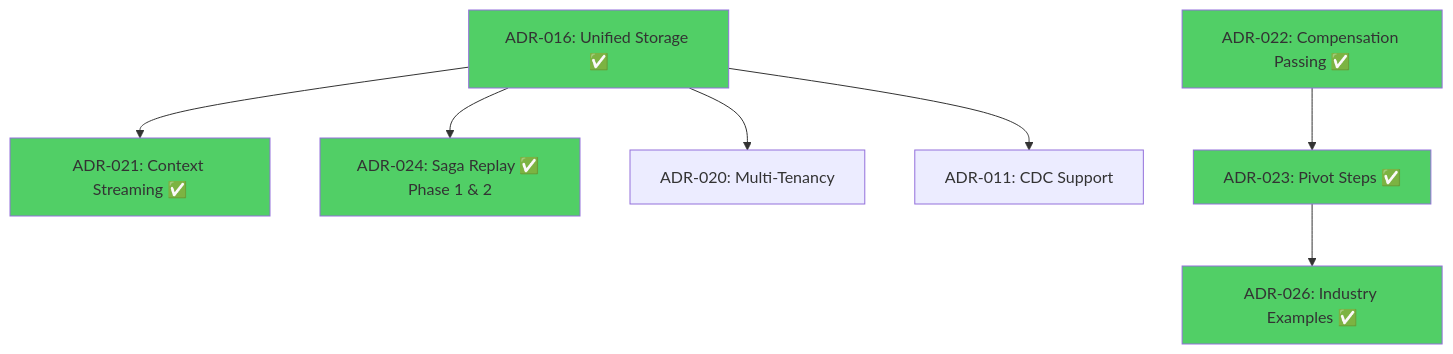
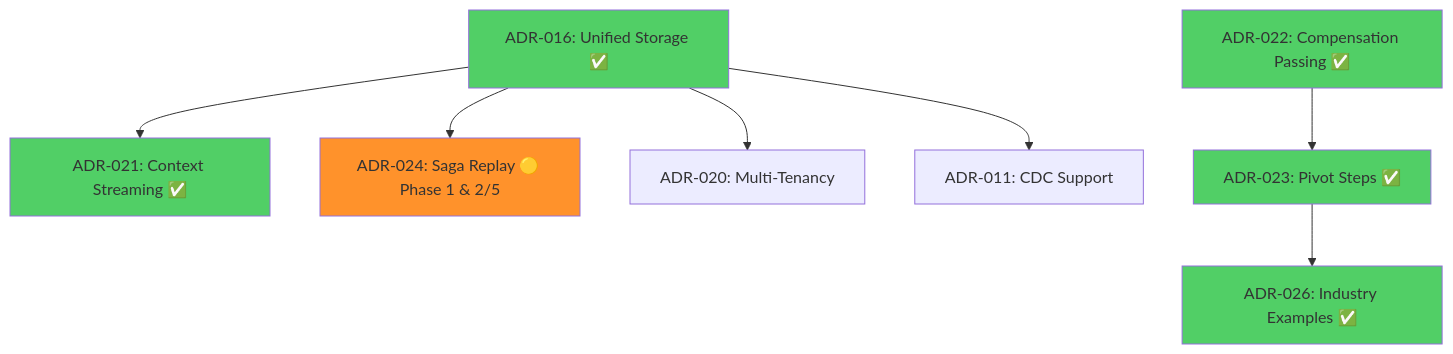
One commit to brunolnetto/sagaz changed the first of 2 diagrams in docs/architecture/adr-roadmap-dependencies.md. Above: the diagram before and after it, drawn with Mermaid. The commit also changed other lines of this file and 3 other files, not shown here.

````diff
--- a/docs/architecture/adr-roadmap-dependencies.md
+++ b/docs/architecture/adr-roadmap-dependencies.md
@@ -37,17 +46,17 @@
 ```mermaid
 graph TD
     ADR016[ADR-016: Unified Storage ✅] --> ADR021[ADR-021: Context Streaming ✅]
-    ADR016 --> ADR024[ADR-024: Saga Replay ✅ Phase 1 & 2]
+    ADR016 --> ADR024[ADR-024: Saga Replay 🟡 Phase 1 & 2/5]
     ADR016 --> ADR020[ADR-020: Multi-Tenancy]
     ADR016 --> ADR011[ADR-011: CDC Support]
     
     ADR022[ADR-022: Compensation Passing ✅] --> ADR023[ADR-023: Pivot Steps ✅]
     ADR023 --> ADR026[ADR-026: Industry Examples ✅]
     
     style ADR016 fill:#51cf66
     style ADR022 fill:#51cf66
     style ADR023 fill:#51cf66
     style ADR026 fill:#51cf66
     style ADR021 fill:#51cf66
-    style ADR024 fill:#51cf66
+    style ADR024 fill:#ff922b
 ```
````
